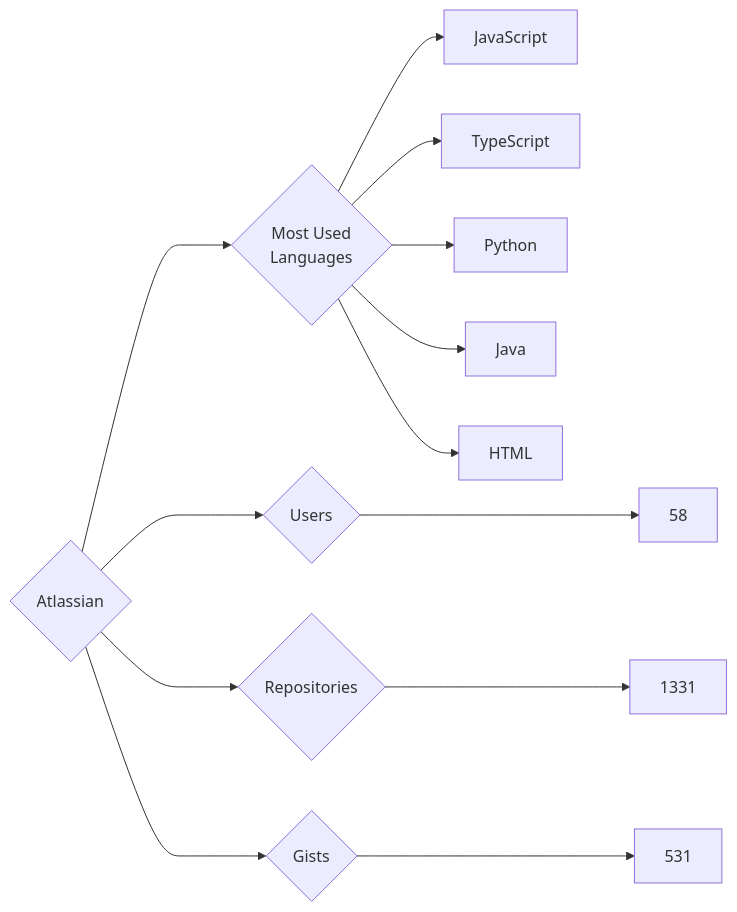
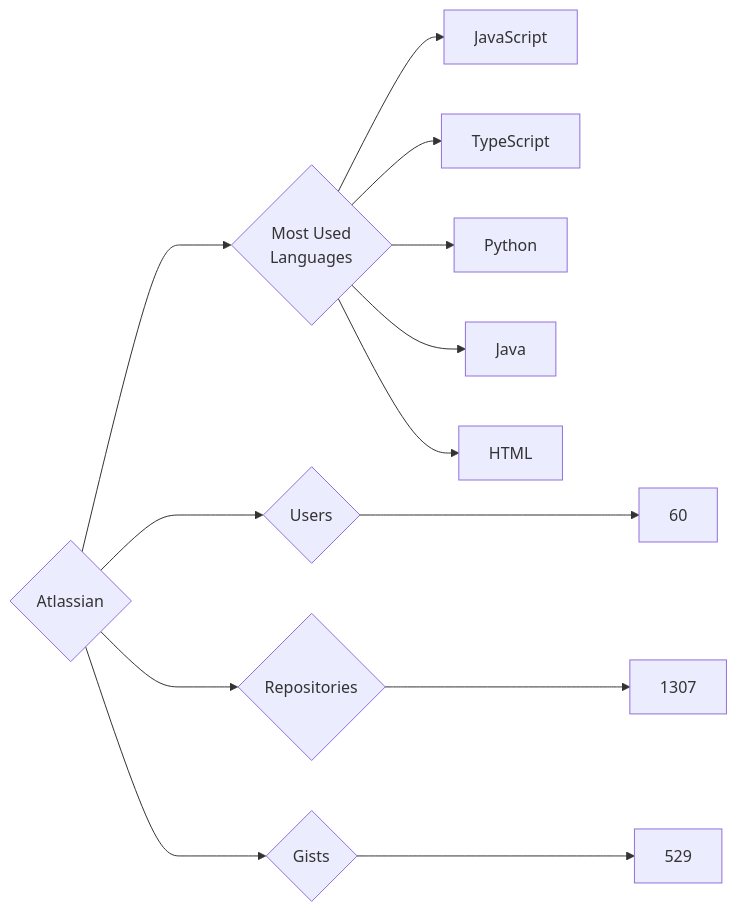
Before and after one commit to trickest/insiders: the diagram in targets/Atlassian/README.md, drawn with Mermaid. The commit also changed 611 other files, not shown here.

````diff
--- a/targets/Atlassian/README.md
+++ b/targets/Atlassian/README.md
@@ -3,13 +3,13 @@
 ```mermaid
 graph LR
 COMPANY_NAME{Atlassian}
-COMPANY_NAME ---> U{Users} ---> UN[58]
-COMPANY_NAME ---> R{Repositories} ---> RN[1331]
-COMPANY_NAME ---> G{Gists} ---> GN[531]
+COMPANY_NAME ---> U{Users} ---> UN[60]
+COMPANY_NAME ---> R{Repositories} ---> RN[1307]
+COMPANY_NAME ---> G{Gists} ---> GN[529]
 COMPANY_NAME ---> ML{Most Used<br>Languages}
 ML --> JavaScript[JavaScript]
 ML --> TypeScript[TypeScript]
 ML --> Python[Python]
 ML --> Java[Java]
 ML --> HTML[HTML]
 ```
````
